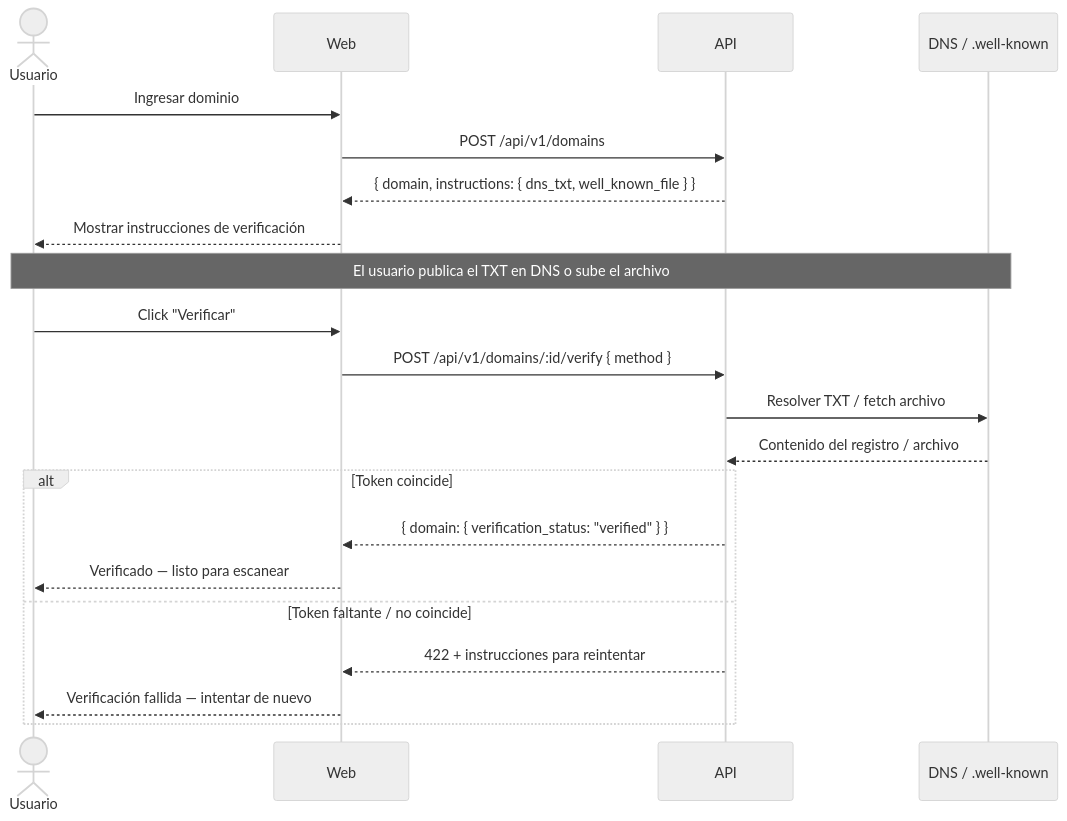
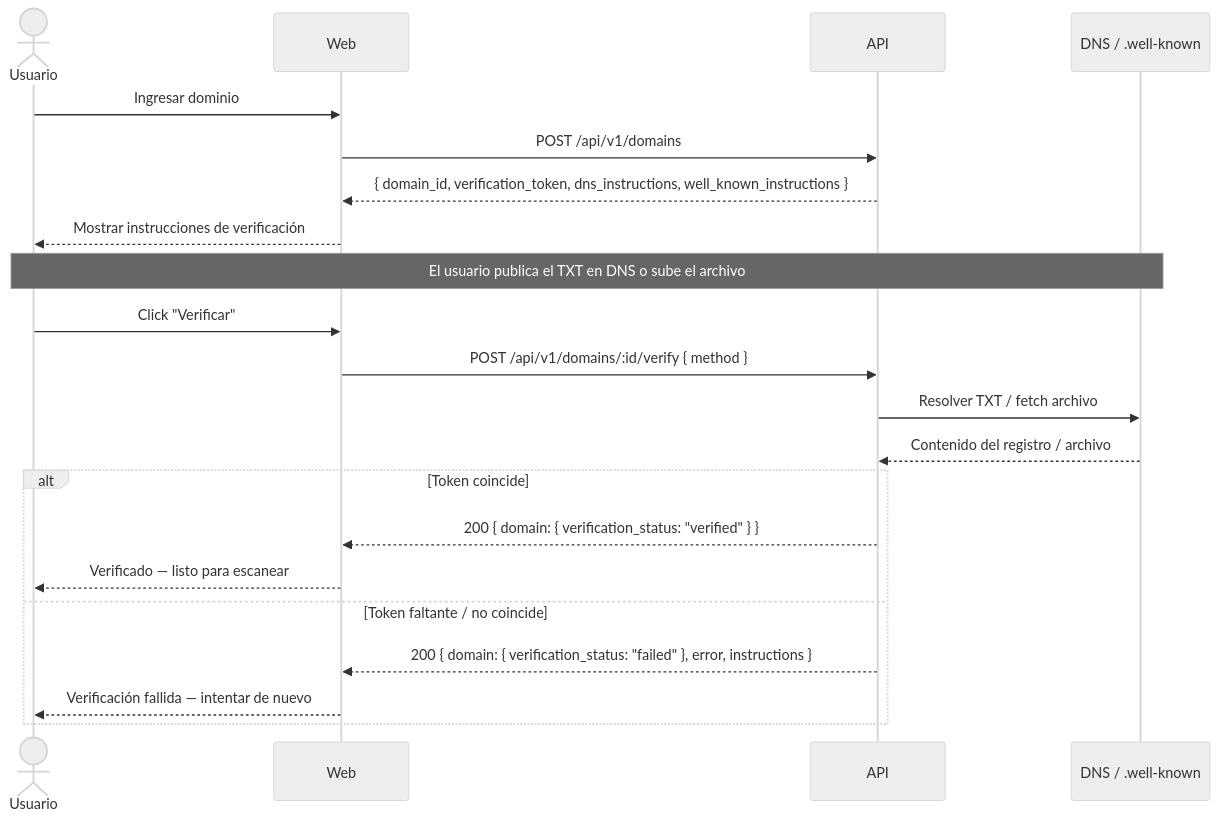
One commit to francovillagra/recon-scope changed the second of 2 diagrams in README.md. Above: the diagram before and after it, drawn with Mermaid (neutral theme). The commit also changed other lines of this file and 2 other files, not shown here.

````diff
--- a/README.md
+++ b/README.md
@@ -74,26 +74,26 @@
 ```mermaid
 sequenceDiagram
     actor Usuario
     participant Web
     participant API
     participant DNS/Archivo as DNS / .well-known
 
     Usuario->>Web: Ingresar dominio
     Web->>API: POST /api/v1/domains
-    API-->>Web: { domain, instructions: { dns_txt, well_known_file } }
+    API-->>Web: { domain_id, verification_token, dns_instructions, well_known_instructions }
     Web-->>Usuario: Mostrar instrucciones de verificación
 
     Note over Usuario,DNS/Archivo: El usuario publica el TXT en DNS o sube el archivo
 
     Usuario->>Web: Click "Verificar"
     Web->>API: POST /api/v1/domains/:id/verify { method }
     API->>DNS/Archivo: Resolver TXT / fetch archivo
     DNS/Archivo-->>API: Contenido del registro / archivo
     alt Token coincide
-        API-->>Web: { domain: { verification_status: "verified" } }
+        API-->>Web: 200 { domain: { verification_status: "verified" } }
         Web-->>Usuario: Verificado — listo para escanear
     else Token faltante / no coincide
-        API-->>Web: 422 + instrucciones para reintentar
+        API-->>Web: 200 { domain: { verification_status: "failed" }, error, instructions }
         Web-->>Usuario: Verificación fallida — intentar de nuevo
     end
 ```
````
